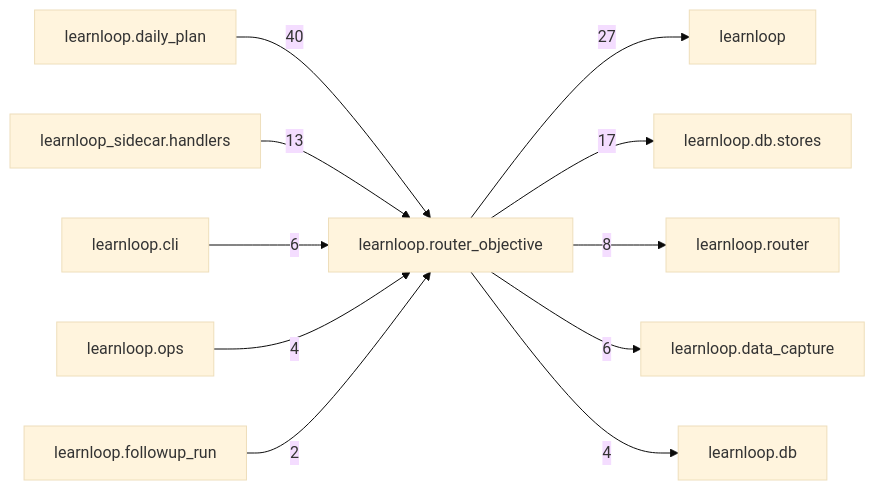
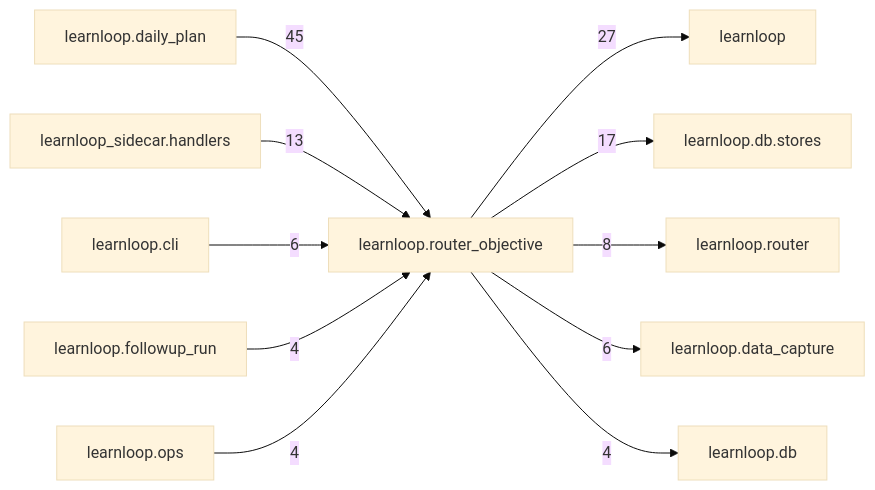
The diagram in docs/learnloop-architecture-vault/Reference/Modules/learnloop/router_objective/_package.md (6up-b/learnanything), drawn with Mermaid (base theme) before and after one commit. The commit also changed other lines of this file and 44 other files, not shown here.

````diff
--- a/docs/learnloop-architecture-vault/Reference/Modules/learnloop/router_objective/_package.md
+++ b/docs/learnloop-architecture-vault/Reference/Modules/learnloop/router_objective/_package.md
@@ -161,24 +161,24 @@
 ```mermaid
 flowchart LR
     center["learnloop.router_objective"]
     n_learnloop_daily_plan["learnloop.daily_plan"]
     n_learnloop["learnloop"]
     n_learnloop_db_stores["learnloop.db.stores"]
     n_learnloop_sidecar_handlers["learnloop_sidecar.handlers"]
     n_learnloop_router["learnloop.router"]
     n_learnloop_cli["learnloop.cli"]
     n_learnloop_data_capture["learnloop.data_capture"]
     n_learnloop_db["learnloop.db"]
+    n_learnloop_followup_run["learnloop.followup_run"]
     n_learnloop_ops["learnloop.ops"]
-    n_learnloop_followup_run["learnloop.followup_run"]
-    n_learnloop_daily_plan -->|40| center
+    n_learnloop_daily_plan -->|45| center
     center -->|27| n_learnloop
     center -->|17| n_learnloop_db_stores
     n_learnloop_sidecar_handlers -->|13| center
     center -->|8| n_learnloop_router
     n_learnloop_cli -->|6| center
     center -->|6| n_learnloop_data_capture
     center -->|4| n_learnloop_db
+    n_learnloop_followup_run -->|4| center
     n_learnloop_ops -->|4| center
-    n_learnloop_followup_run -->|2| center
 ```
````
